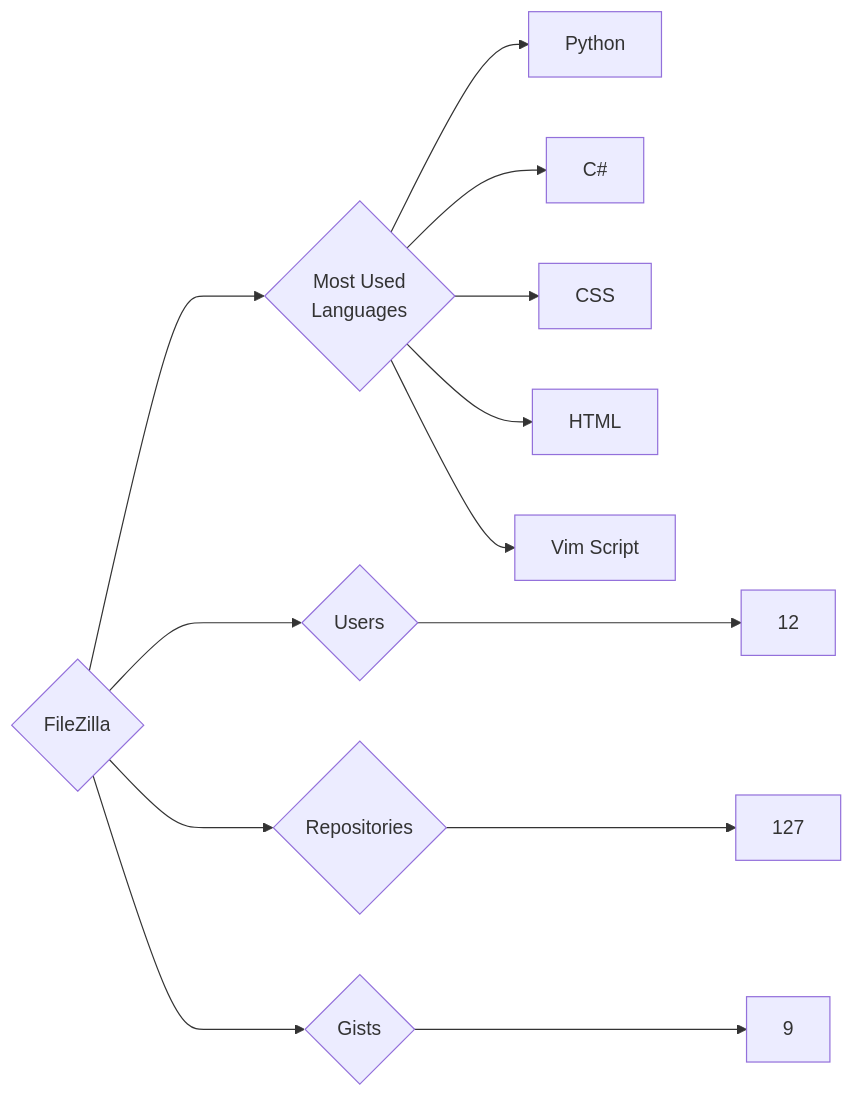
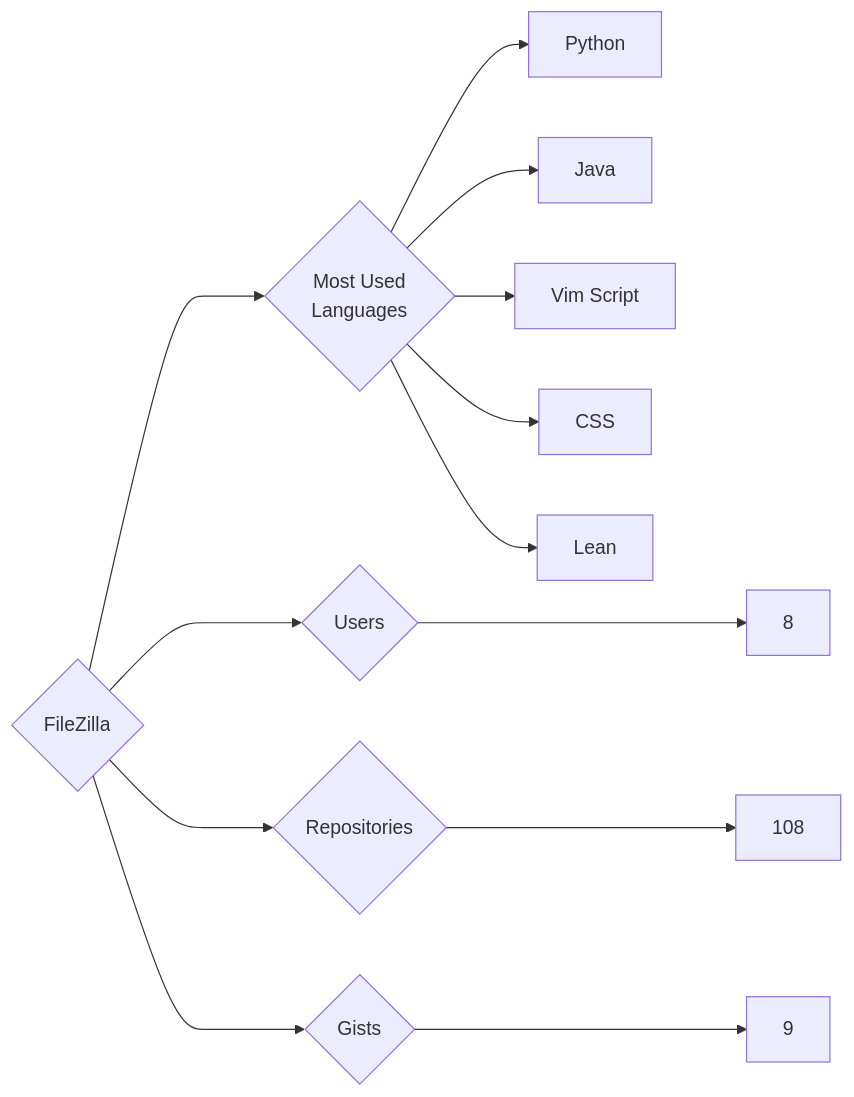
One commit to trickest/insiders changed the diagram in targets/FileZilla/README.md. Above: the diagram before and after it, drawn with Mermaid. The commit also changed 1120 other files, not shown here.

````diff
--- a/targets/FileZilla/README.md
+++ b/targets/FileZilla/README.md
@@ -3,13 +3,13 @@
 ```mermaid
 graph LR
 COMPANY_NAME{FileZilla}
-COMPANY_NAME ---> U{Users} ---> UN[12]
-COMPANY_NAME ---> R{Repositories} ---> RN[127]
+COMPANY_NAME ---> U{Users} ---> UN[8]
+COMPANY_NAME ---> R{Repositories} ---> RN[108]
 COMPANY_NAME ---> G{Gists} ---> GN[9]
 COMPANY_NAME ---> ML{Most Used<br>Languages}
 ML --> Python[Python]
-ML --> C#[C#]
+ML --> Java[Java]
+ML --> Vim_Script[Vim Script]
 ML --> CSS[CSS]
-ML --> HTML[HTML]
-ML --> Vim_Script[Vim Script]
+ML --> Lean[Lean]
 ```
````
